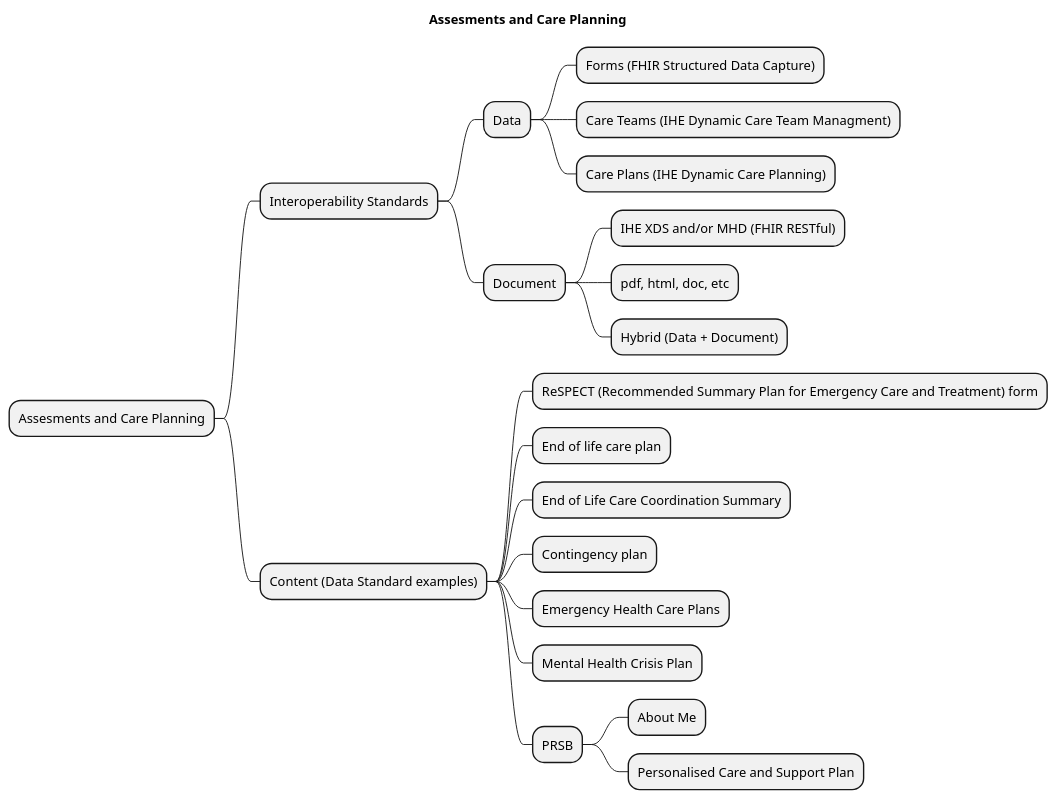
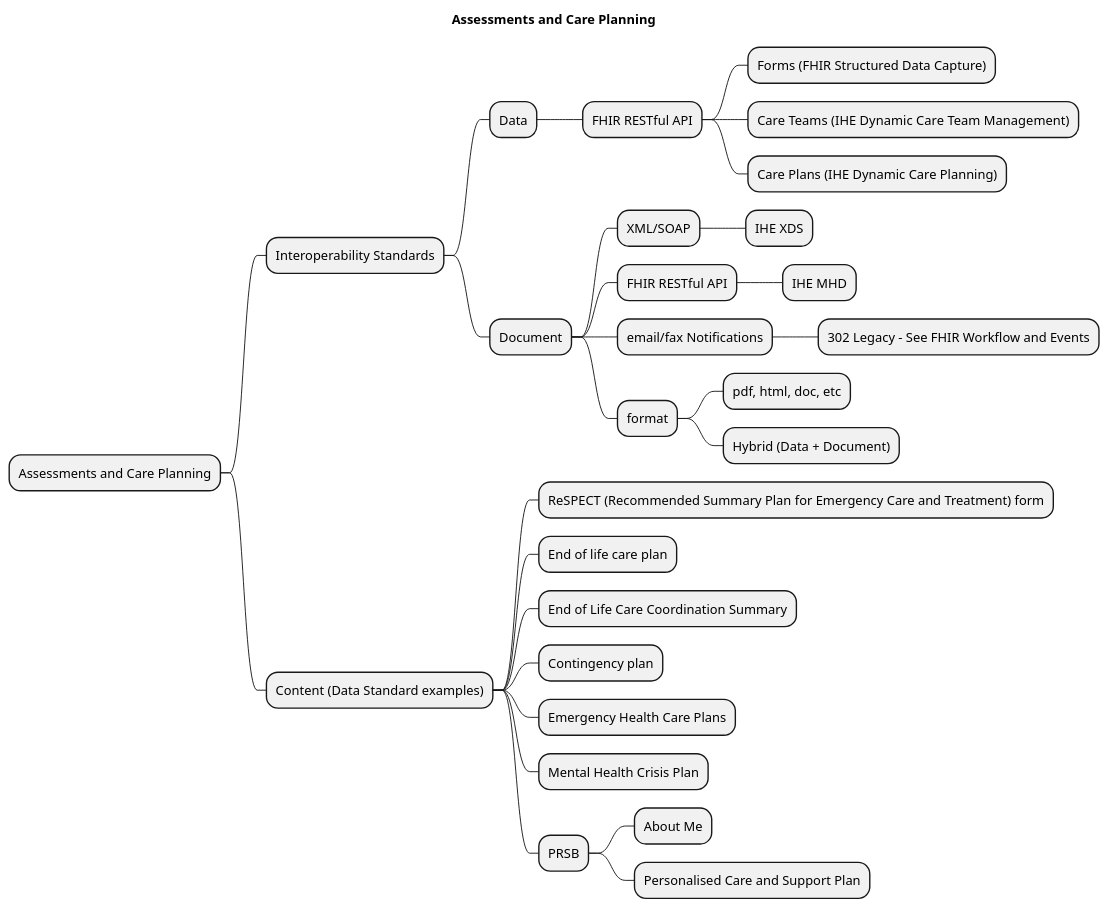
One commit to NHSDigital/interoperability-standards-documentation changed the diagram in input/images-source/clinical-assessments-and-care-planning-mindmap.plantuml. Above: the diagram before and after it, drawn with PlantUML. The commit also changed 347 other files, not shown here.

```diff
--- a/input/images-source/clinical-assessments-and-care-planning-mindmap.plantuml
+++ b/input/images-source/clinical-assessments-and-care-planning-mindmap.plantuml
@@ -1,32 +1,39 @@
 @startmindmap
 
 
-title Assesments and Care Planning
+title Assessments and Care Planning
 
 
-* Assesments and Care Planning
+* Assessments and Care Planning
 ** Interoperability Standards
 *** Data
-**** Forms (FHIR Structured Data Capture)
-**** Care Teams (IHE Dynamic Care Team Managment)
-**** Care Plans (IHE Dynamic Care Planning)
+**** FHIR RESTful API
+***** Forms (FHIR Structured Data Capture)
+***** Care Teams (IHE Dynamic Care Team Management)
+***** Care Plans (IHE Dynamic Care Planning)
 *** Document
-**** IHE XDS and/or MHD (FHIR RESTful)
-**** pdf, html, doc, etc
-**** Hybrid (Data + Document)
+**** XML/SOAP
+***** IHE XDS
+**** FHIR RESTful API
+***** IHE MHD
+**** email/fax Notifications
+***** 302 Legacy - See FHIR Workflow and Events
+**** format
+***** pdf, html, doc, etc
+***** Hybrid (Data + Document)
 
 ** Content (Data Standard examples)
 *** ReSPECT (Recommended Summary Plan for Emergency Care and Treatment) form
 *** End of life care plan
 *** End of Life Care Coordination Summary
 *** Contingency plan
 *** Emergency Health Care Plans
 *** Mental Health Crisis Plan
 *** PRSB
 **** About Me
 **** Personalised Care and Support Plan
 
 
 
 
 @endmindmap
```
